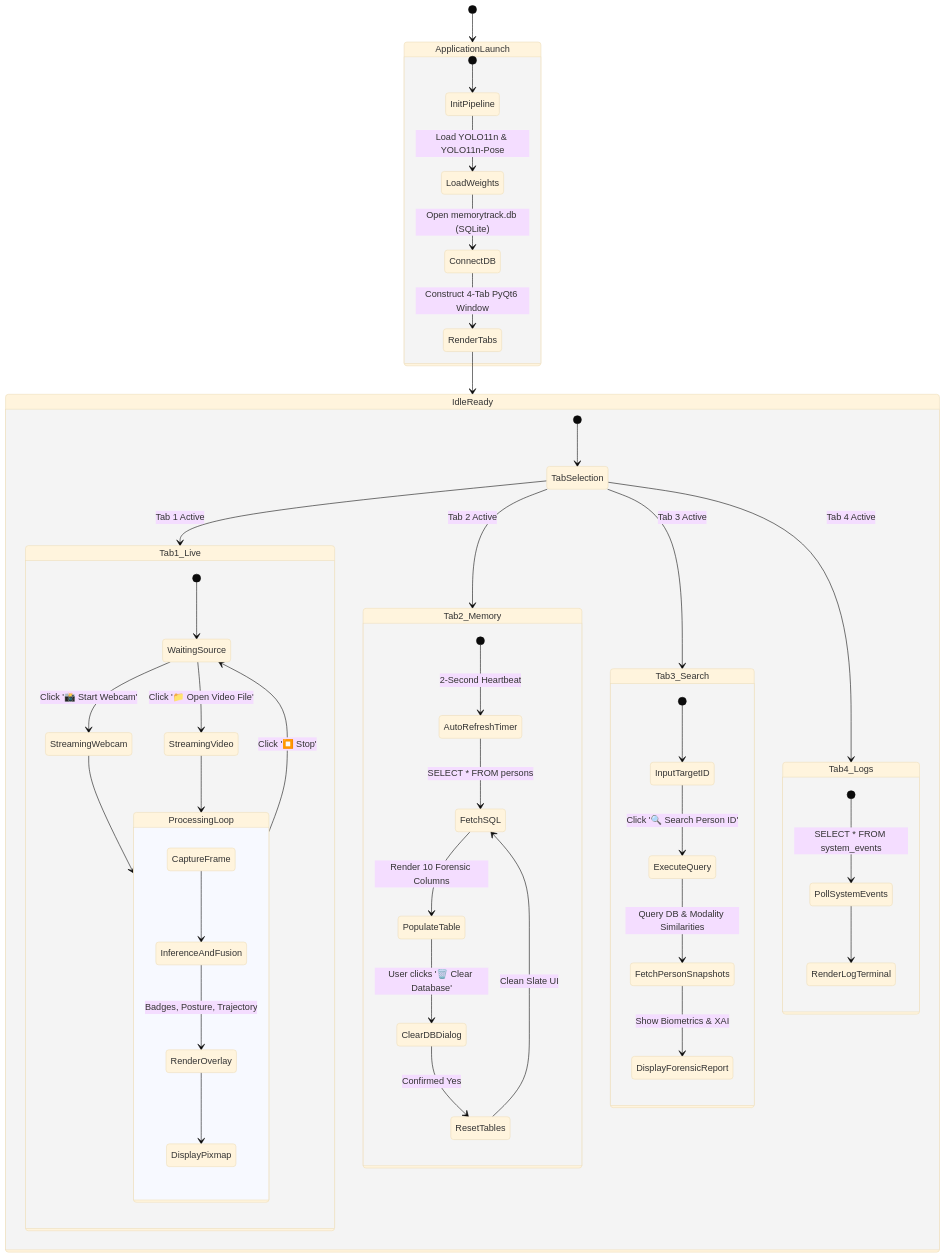
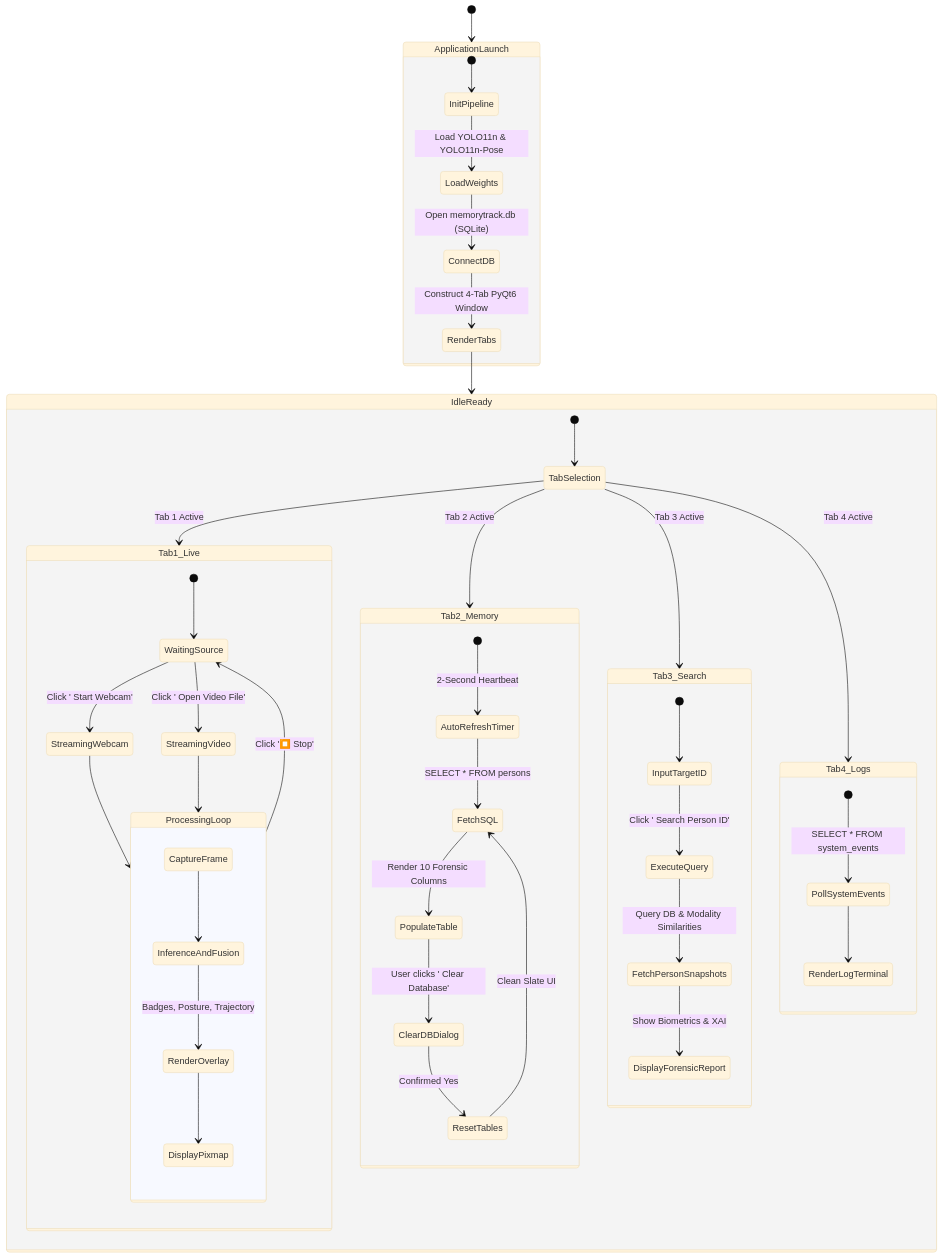
Before and after one commit to chinthakuntaharini/MemoryTrack: the fourth of 5 diagrams in docs/PRESENTATION_AND_PROJECT_REPORT.md, drawn with Mermaid (base theme). The commit also changed other lines of this file and 3 other files, not shown here.

````diff
--- a/docs/PRESENTATION_AND_PROJECT_REPORT.md
+++ b/docs/PRESENTATION_AND_PROJECT_REPORT.md
@@ -298,59 +298,59 @@
 ```mermaid
 stateDiagram-v2
-    [*] --> ApplicationLaunch
-    
-    state ApplicationLaunch {
-        [*] --> InitPipeline
-        InitPipeline --> LoadWeights : Load YOLO11n & YOLO11n-Pose
-        LoadWeights --> ConnectDB : Open memorytrack.db (SQLite)
-        ConnectDB --> RenderTabs : Construct 4-Tab PyQt6 Window
-    }
-    
-    RenderTabs --> IdleReady
-    
-    state IdleReady {
-        [*] --> TabSelection
-        TabSelection --> Tab1_Live : Tab 1 Active
-        TabSelection --> Tab2_Memory : Tab 2 Active
-        TabSelection --> Tab3_Search : Tab 3 Active
-        TabSelection --> Tab4_Logs : Tab 4 Active
-    }
-    
-    state Tab1_Live {
-        [*] --> WaitingSource
-        WaitingSource --> StreamingWebcam : Click '📸 Start Webcam'
-        WaitingSource --> StreamingVideo : Click '📁 Open Video File'
-        
-        StreamingWebcam --> ProcessingLoop
-        StreamingVideo --> ProcessingLoop
-        
-        state ProcessingLoop {
-            CaptureFrame --> InferenceAndFusion
-            InferenceAndFusion --> RenderOverlay : Badges, Posture, Trajectory
-            RenderOverlay --> DisplayPixmap
-        }
-        
-        ProcessingLoop --> WaitingSource : Click '⏹️ Stop'
-    }
-    
-    state Tab2_Memory {
-        [*] --> AutoRefreshTimer : 2-Second Heartbeat
-        AutoRefreshTimer --> FetchSQL : SELECT * FROM persons
-        FetchSQL --> PopulateTable : Render 10 Forensic Columns
-        PopulateTable --> ClearDBDialog : User clicks '🗑️ Clear Database'
-        ClearDBDialog --> ResetTables : Confirmed Yes
-        ResetTables --> FetchSQL : Clean Slate UI
-    }
-    
-    state Tab3_Search {
-        [*] --> InputTargetID
-        InputTargetID --> ExecuteQuery : Click '🔍 Search Person ID'
-        ExecuteQuery --> FetchPersonSnapshots : Query DB & Modality Similarities
-        FetchPersonSnapshots --> DisplayForensicReport : Show Biometrics & XAI
-    }
-    
-    state Tab4_Logs {
-        [*] --> PollSystemEvents : SELECT * FROM system_events
-        PollSystemEvents --> RenderLogTerminal
-    }
+ [*] --> ApplicationLaunch
+ 
+ state ApplicationLaunch {
+ [*] --> InitPipeline
+ InitPipeline --> LoadWeights : Load YOLO11n & YOLO11n-Pose
+ LoadWeights --> ConnectDB : Open memorytrack.db (SQLite)
+ ConnectDB --> RenderTabs : Construct 4-Tab PyQt6 Window
+ }
+ 
+ RenderTabs --> IdleReady
+ 
+ state IdleReady {
+ [*] --> TabSelection
+ TabSelection --> Tab1_Live : Tab 1 Active
+ TabSelection --> Tab2_Memory : Tab 2 Active
+ TabSelection --> Tab3_Search : Tab 3 Active
+ TabSelection --> Tab4_Logs : Tab 4 Active
+ }
+ 
+ state Tab1_Live {
+ [*] --> WaitingSource
+ WaitingSource --> StreamingWebcam : Click ' Start Webcam'
+ WaitingSource --> StreamingVideo : Click ' Open Video File'
+ 
+ StreamingWebcam --> ProcessingLoop
+ StreamingVideo --> ProcessingLoop
+ 
+ state ProcessingLoop {
+ CaptureFrame --> InferenceAndFusion
+ InferenceAndFusion --> RenderOverlay : Badges, Posture, Trajectory
+ RenderOverlay --> DisplayPixmap
+ }
+ 
+ ProcessingLoop --> WaitingSource : Click '⏹️ Stop'
+ }
+ 
+ state Tab2_Memory {
+ [*] --> AutoRefreshTimer : 2-Second Heartbeat
+ AutoRefreshTimer --> FetchSQL : SELECT * FROM persons
+ FetchSQL --> PopulateTable : Render 10 Forensic Columns
+ PopulateTable --> ClearDBDialog : User clicks '️ Clear Database'
+ ClearDBDialog --> ResetTables : Confirmed Yes
+ ResetTables --> FetchSQL : Clean Slate UI
+ }
+ 
+ state Tab3_Search {
+ [*] --> InputTargetID
+ InputTargetID --> ExecuteQuery : Click ' Search Person ID'
+ ExecuteQuery --> FetchPersonSnapshots : Query DB & Modality Similarities
+ FetchPersonSnapshots --> DisplayForensicReport : Show Biometrics & XAI
+ }
+ 
+ state Tab4_Logs {
+ [*] --> PollSystemEvents : SELECT * FROM system_events
+ PollSystemEvents --> RenderLogTerminal
+ }
 ```
````
